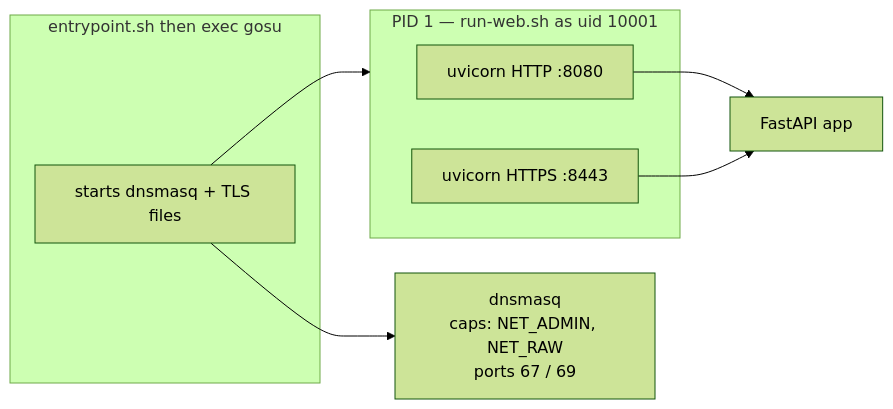
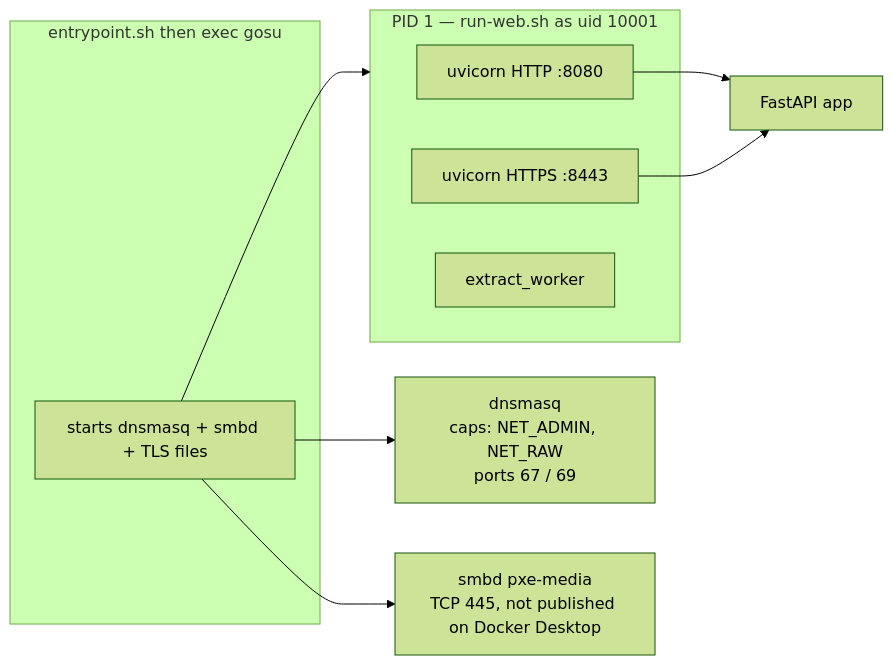
Before and after one commit to hometinker12/home-lab-pxe: the second of 24 diagrams in ARCHITECTURE.md, drawn with Mermaid (forest theme). The commit also changed 54 other files, not shown here.

````diff
--- a/ARCHITECTURE.md
+++ b/ARCHITECTURE.md
@@ -59,14 +59,16 @@
 ```mermaid
 flowchart LR
-  subgraph pid1["PID 1 — run-web.sh as uid 10001"]
+   subgraph pid1["PID 1 — run-web.sh as uid 10001"]
     H["uvicorn HTTP :8080"]
     S["uvicorn HTTPS :8443"]
+    X["extract_worker"]
   end
   subgraph root["entrypoint.sh then exec gosu"]
-    E["starts dnsmasq + TLS files"]
+    E["starts dnsmasq + smbd + TLS files"]
   end
   E --> D["dnsmasq<br/>caps: NET_ADMIN, NET_RAW<br/>ports 67 / 69"]
+  E --> SMB["smbd pxe-media<br/>TCP 445, not published on Docker Desktop"]
   E --> pid1
   H --> F["FastAPI app"]
   S --> F
 ```
````
